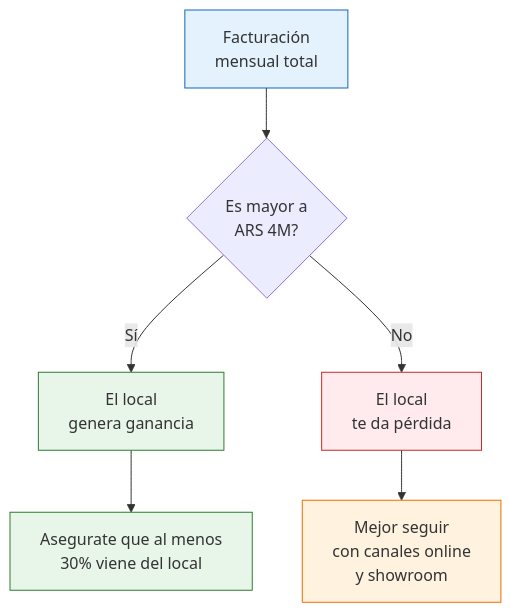
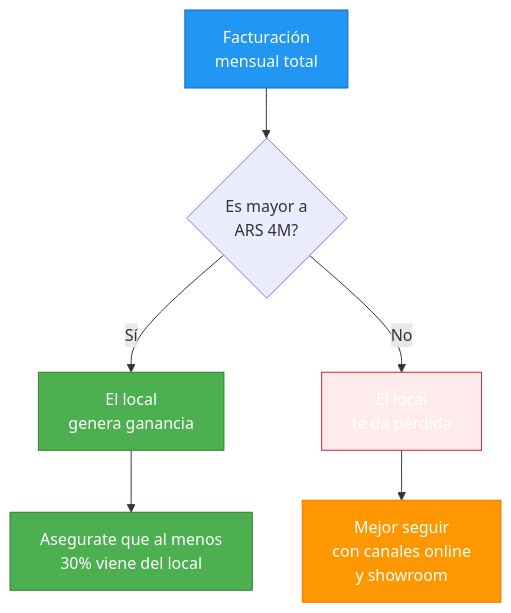
Before and after one commit to barrosignacioezequiel-coder/docs: the first of 2 diagrams in app/paso1-argentina/crecer-gestionar/local-comercial.mdx, drawn with Mermaid. The commit also changed other lines of this file and 66 other files, not shown here.

First line of the commit message:
fix: resolve Mermaid v11 numbered list errors + improve contrast

````diff
--- a/app/paso1-argentina/crecer-gestionar/local-comercial.mdx
+++ b/app/paso1-argentina/crecer-gestionar/local-comercial.mdx
@@ -70,14 +70,14 @@
 ```mermaid
 graph TD
     A["Facturación<br/>mensual total"] --> B{"Es mayor a<br/>ARS 4M?"}
     B -->|"Sí"| C["El local<br/>genera ganancia"]
     B -->|"No"| D["El local<br/>te da pérdida"]
     C --> E["Asegurate que al menos<br/>30% viene del local"]
     D --> F["Mejor seguir<br/>con canales online<br/>y showroom"]
 
-    style A fill:#e3f2fd,stroke:#1565c0
-    style C fill:#e8f5e9,stroke:#2e7d32
-    style D fill:#ffebee,stroke:#c62828
-    style E fill:#e8f5e9,stroke:#2e7d32
-    style F fill:#fff3e0,stroke:#ef6c00
+    style A fill:#2196f3,stroke:#1565c0,color:#fff
+    style C fill:#4caf50,stroke:#2e7d32,color:#fff
+    style D fill:#ffebee,stroke:#c62828,color:#fff
+    style E fill:#4caf50,stroke:#2e7d32,color:#fff
+    style F fill:#ff9800,stroke:#ef6c00,color:#fff
 ```
````
